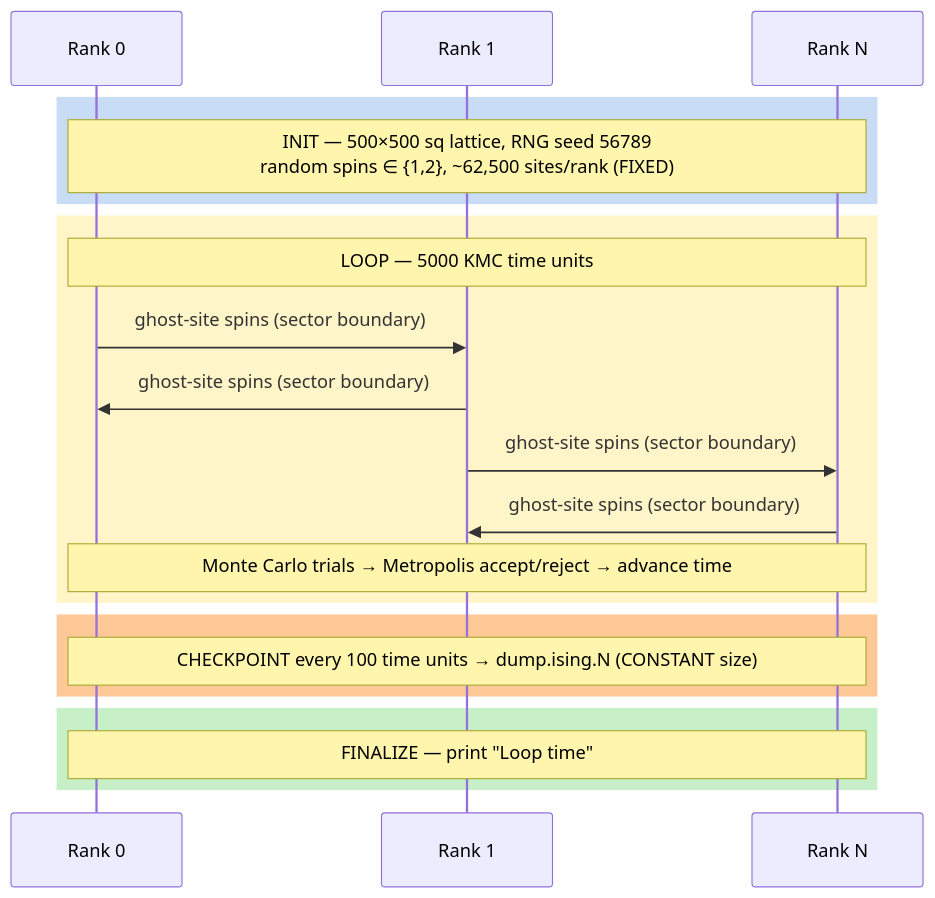
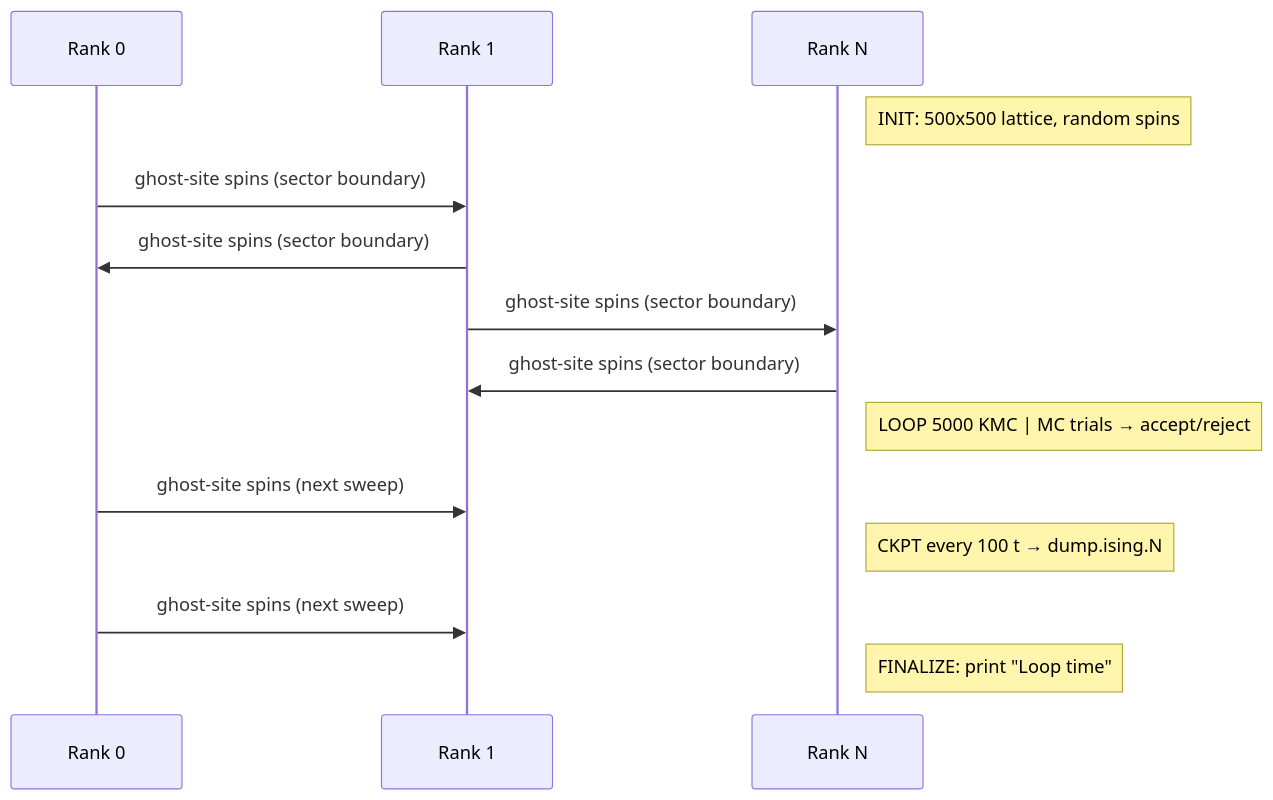
Before and after one commit to ngduchai/guard-agent: the third of 3 diagrams in tests/apps/docs/SPPARKS/README.md, drawn with Mermaid. The commit also changed other lines of this file and 43 other files, not shown here.

````diff
--- a/tests/apps/docs/SPPARKS/README.md
+++ b/tests/apps/docs/SPPARKS/README.md
@@ -117,27 +116,20 @@
 ```mermaid
 sequenceDiagram
     participant R0 as Rank 0
     participant R1 as Rank 1
     participant RN as Rank N
 
-    rect rgb(200, 220, 245)
-        Note over R0,RN: INIT — 500×500 sq lattice, RNG seed 56789<br/>random spins ∈ {1,2}, ~62,500 sites/rank (FIXED)
-    end
+    Note right of RN: INIT: 500x500 lattice, random spins
 
-    rect rgb(255, 245, 200)
-        Note over R0,RN: LOOP — 5000 KMC time units
-        R0->>R1: ghost-site spins (sector boundary)
-        R1->>R0: ghost-site spins (sector boundary)
-        R1->>RN: ghost-site spins (sector boundary)
-        RN->>R1: ghost-site spins (sector boundary)
-        Note over R0,RN: Monte Carlo trials → Metropolis accept/reject → advance time
-    end
+    R0->>R1: ghost-site spins (sector boundary)
+    R1->>R0: ghost-site spins (sector boundary)
+    R1->>RN: ghost-site spins (sector boundary)
+    RN->>R1: ghost-site spins (sector boundary)
+    Note right of RN: LOOP 5000 KMC | MC trials → accept/reject
 
-    rect rgb(255, 200, 150)
-        Note over R0,RN: CHECKPOINT every 100 time units → dump.ising.N (CONSTANT size)
-    end
+    R0->>R1: ghost-site spins (next sweep)
+    Note right of RN: CKPT every 100 t → dump.ising.N
 
-    rect rgb(200, 240, 200)
-        Note over R0,RN: FINALIZE — print "Loop time"
-    end
+    R0->>R1: ghost-site spins (next sweep)
+    Note right of RN: FINALIZE: print "Loop time"
 ```
````
